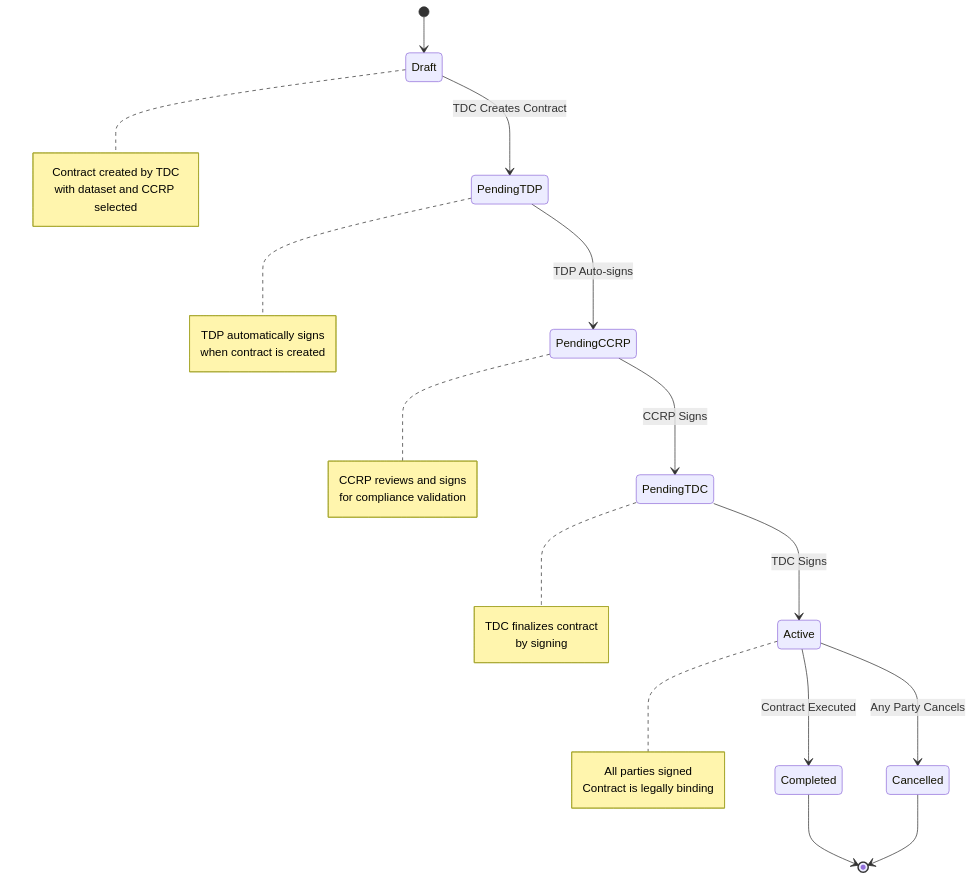
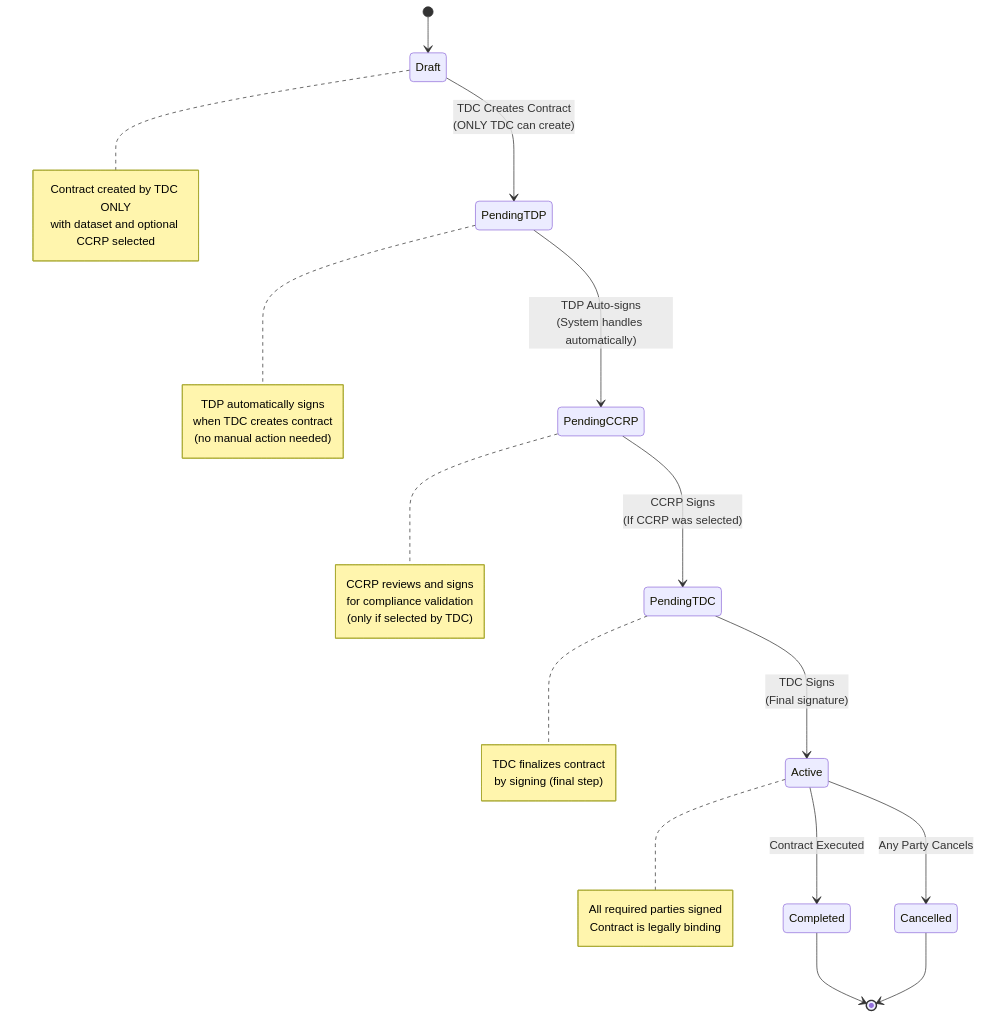
The fifth of 5 diagrams in USER_GUIDE.md (gitmujoshi/Confidential-AI-Network), drawn with Mermaid before and after one commit. The commit also changed other lines of this file and 5 other files, not shown here.

````diff
--- a/USER_GUIDE.md
+++ b/USER_GUIDE.md
@@ -237,37 +249,39 @@
 ```mermaid
 stateDiagram-v2
     [*] --> Draft
-    Draft --> PendingTDP: TDC Creates Contract
-    PendingTDP --> PendingCCRP: TDP Auto-signs
-    PendingCCRP --> PendingTDC: CCRP Signs
-    PendingTDC --> Active: TDC Signs
+    Draft --> PendingTDP: TDC Creates Contract<br/>(ONLY TDC can create)
+    PendingTDP --> PendingCCRP: TDP Auto-signs<br/>(System handles automatically)
+    PendingCCRP --> PendingTDC: CCRP Signs<br/>(If CCRP was selected)
+    PendingTDC --> Active: TDC Signs<br/>(Final signature)
     Active --> Completed: Contract Executed
     Active --> Cancelled: Any Party Cancels
     Completed --> [*]
     Cancelled --> [*]
     
     note right of Draft
-        Contract created by TDC
-        with dataset and CCRP selected
+        Contract created by TDC ONLY
+        with dataset and optional CCRP selected
     end note
     
     note right of PendingTDP
         TDP automatically signs
-        when contract is created
+        when TDC creates contract
+        (no manual action needed)
     end note
     
     note right of PendingCCRP
         CCRP reviews and signs
         for compliance validation
+        (only if selected by TDC)
     end note
     
     note right of PendingTDC
         TDC finalizes contract
-        by signing
+        by signing (final step)
     end note
     
     note right of Active
-        All parties signed
+        All required parties signed
         Contract is legally binding
     end note
 ```
````
